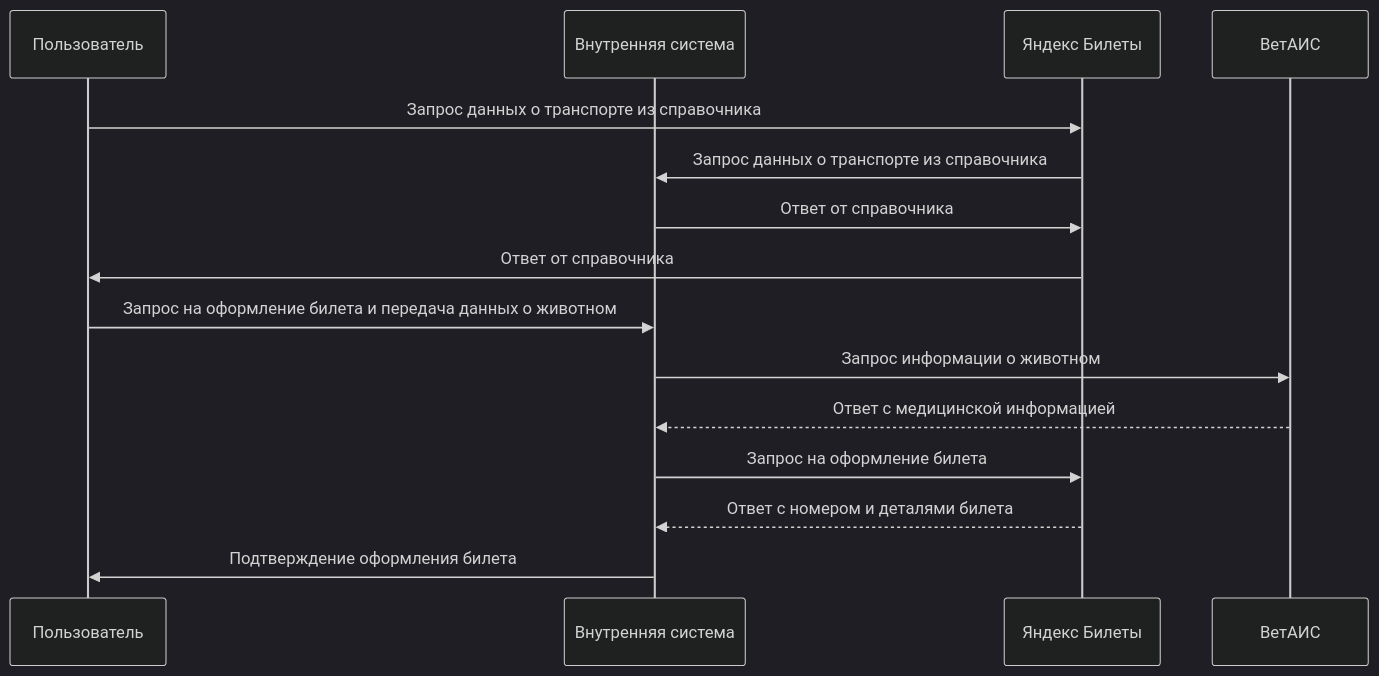
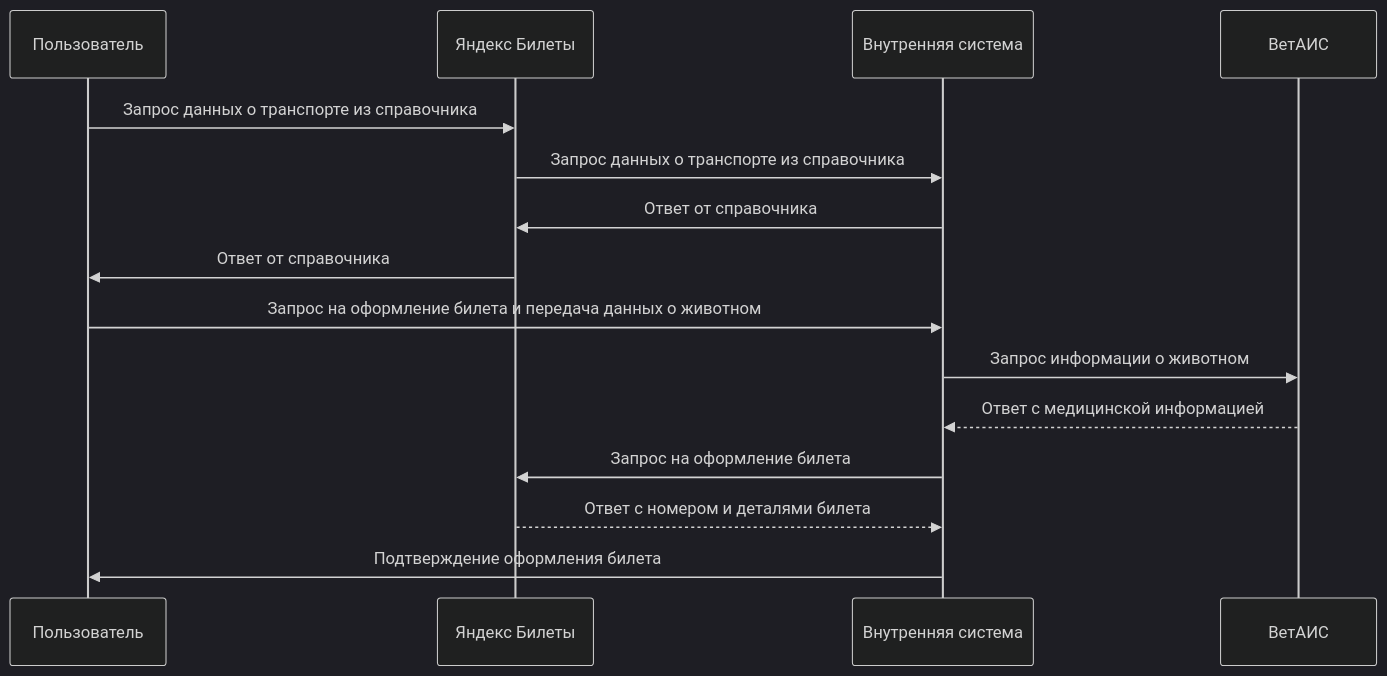
One commit to Gr-Move/Portfolio changed the first of 5 diagrams in Cases/Case-2/diagrams.md. Above: the diagram before and after it, drawn with Mermaid (dark theme). The commit also changed other lines of this file, not shown here.

````diff
--- a/Cases/Case-2/diagrams.md
+++ b/Cases/Case-2/diagrams.md
@@ -6,18 +6,18 @@
 ```mermaid
 sequenceDiagram;
     participant User as Пользователь
+    participant YB as Яндекс Билеты
     participant Internal as Внутренняя система
-    participant YB as Яндекс Билеты
     participant VetAIS as ВетАИС
 
     User->>YB: Запрос данных о транспорте из справочника
     YB->>Internal: Запрос данных о транспорте из справочника
     Internal->>YB: Ответ от справочника
     YB->>User: Ответ от справочника
     User->>Internal:  Запрос на оформление билета и передача данных о животном
     Internal->>VetAIS: Запрос информации о животном
     VetAIS-->>Internal: Ответ с медицинской информацией
     Internal->>YB: Запрос на оформление билета
     YB-->>Internal: Ответ с номером и деталями билета
     Internal->>User: Подтверждение оформления билета
 ```
````
